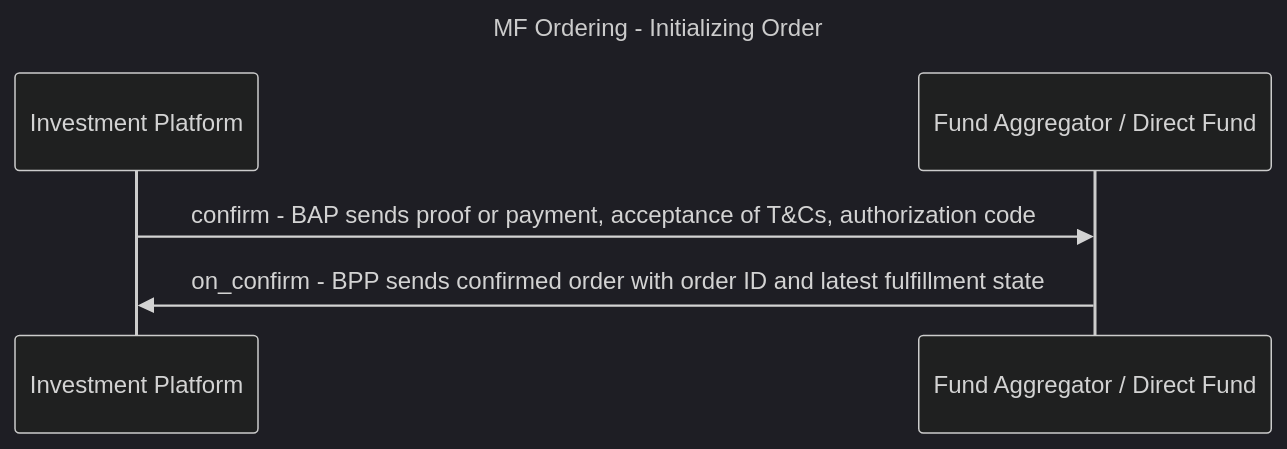
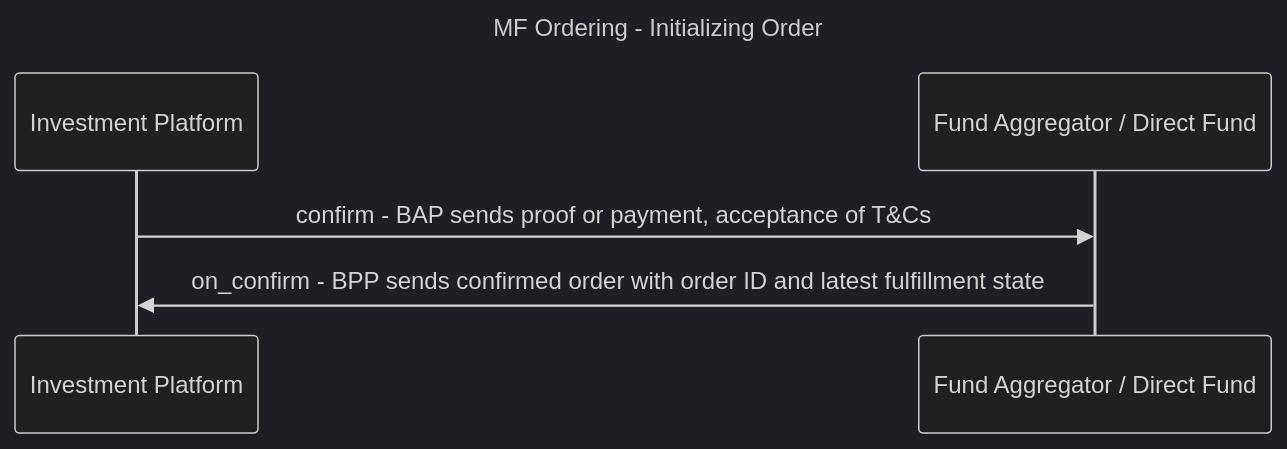
One commit to beckn/financial-services changed the sixth of 6 diagrams in docs/example-implementations/Mutual-funds-Workflow.md. Above: the diagram before and after it, drawn with Mermaid (dark theme). The commit also changed other lines of this file, not shown here.

````diff
--- a/docs/example-implementations/Mutual-funds-Workflow.md
+++ b/docs/example-implementations/Mutual-funds-Workflow.md
@@ -1108,8 +1108,8 @@
 ```mermaid
 sequenceDiagram
     title MF Ordering - Initializing Order
     Participant Investment Platform
     Participant Fund Aggregator / Direct Fund
-    Investment Platform ->> Fund Aggregator / Direct Fund: confirm - BAP sends proof or payment, acceptance of T&Cs, authorization code    
+    Investment Platform ->> Fund Aggregator / Direct Fund: confirm - BAP sends proof or payment, acceptance of T&Cs    
     Fund Aggregator / Direct Fund ->>  Investment Platform : on_confirm - BPP sends confirmed order with order ID and latest fulfillment state
 ```
````
